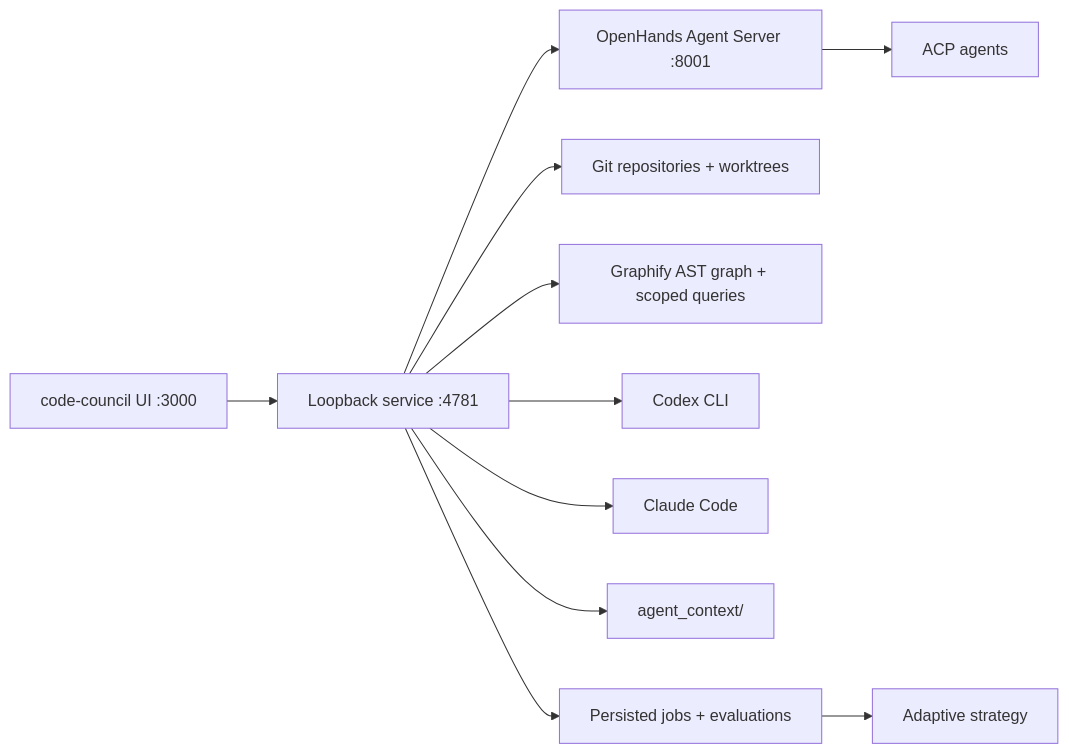
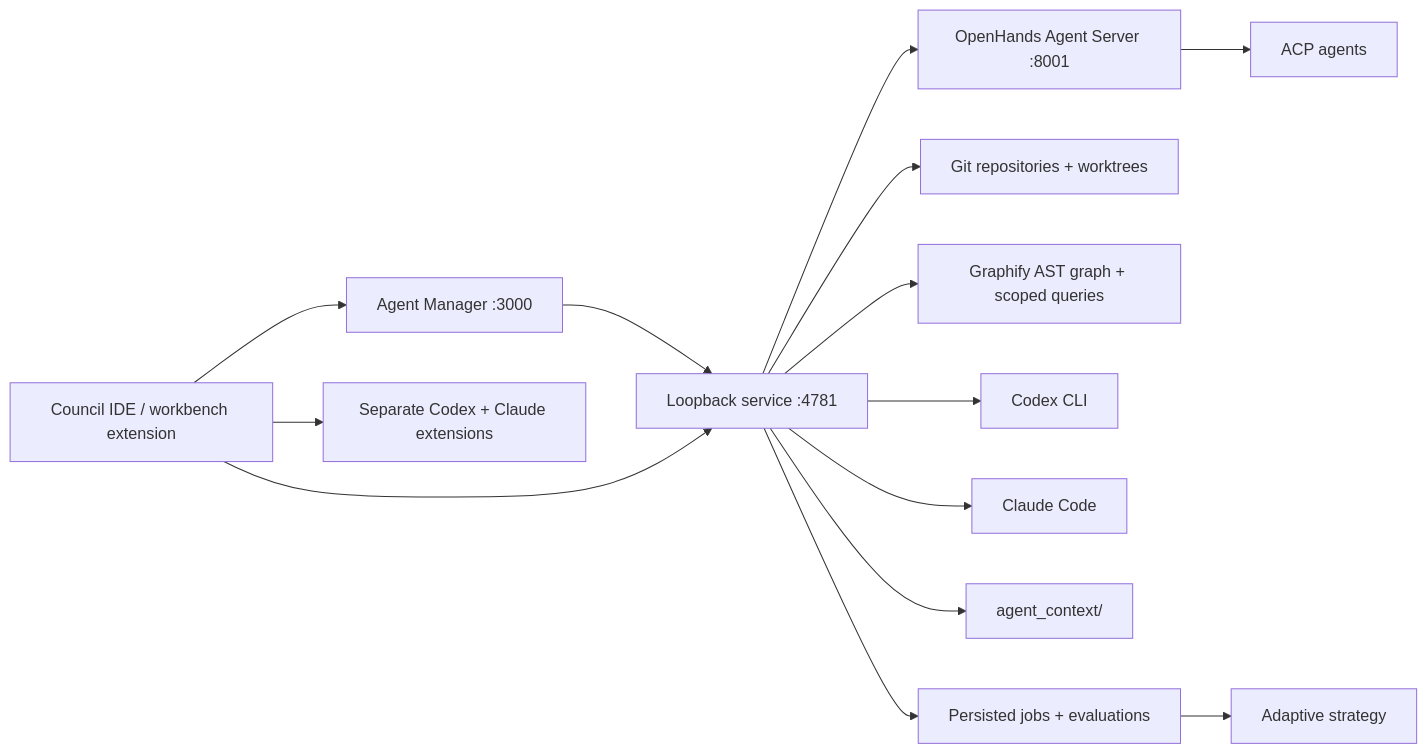
Before and after one commit to akathpal/code-council: the first of 2 diagrams in docs/architecture.md, drawn with Mermaid. The commit also changed other lines of this file and 32 other files, not shown here.

Commit message:
Add Council IDE and agent productivity workflows

````diff
--- a/docs/architecture.md
+++ b/docs/architecture.md
@@ -70,13 +79,16 @@
 ```mermaid
 flowchart LR
-  UI["code-council UI :3000"] --> DAEMON["Loopback service :4781"]
+  IDE["Council IDE / workbench extension"] --> UI["Agent Manager :3000"]
+  IDE --> NATIVE["Separate Codex + Claude extensions"]
+  UI --> DAEMON["Loopback service :4781"]
+  IDE --> DAEMON
   DAEMON --> OH["OpenHands Agent Server :8001"]
   OH --> ACP["ACP agents"]
   DAEMON --> GIT["Git repositories + worktrees"]
   DAEMON --> GRAPH["Graphify AST graph + scoped queries"]
   DAEMON --> CODEX["Codex CLI"]
   DAEMON --> CLAUDE["Claude Code"]
   DAEMON --> MEMORY["agent_context/"]
   DAEMON --> EVENTS["Persisted jobs + evaluations"]
   EVENTS --> POLICY["Adaptive strategy"]
 ```
````
